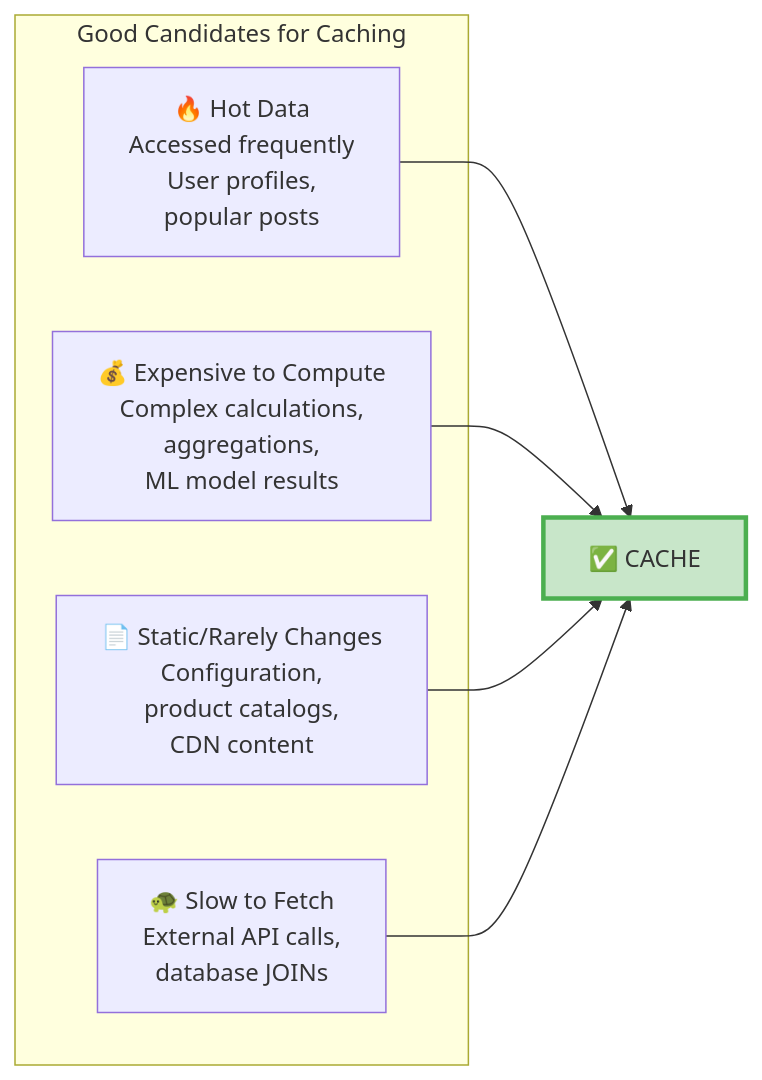
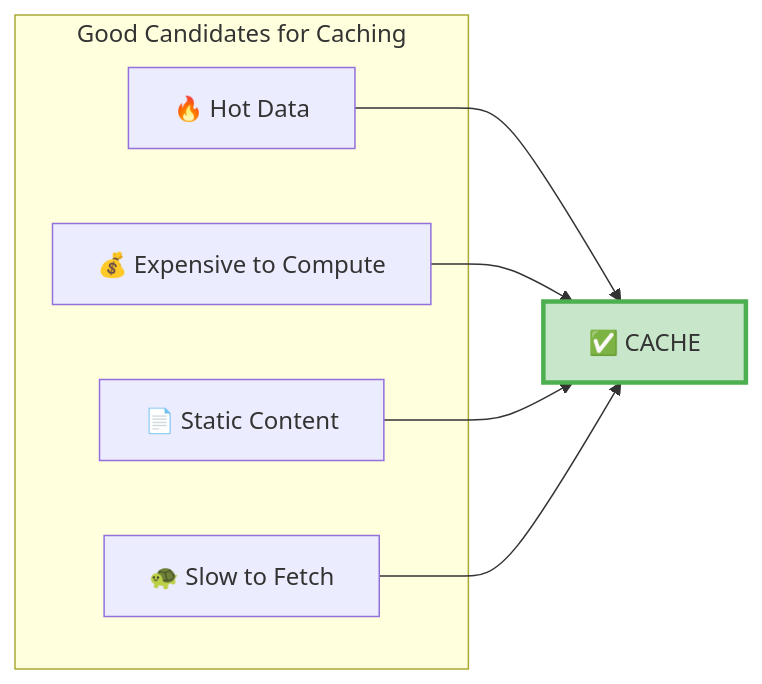
Before and after one commit to p1kmr/for-reading: the ninth of 10 diagrams in HLD/foundation/03_caching.md, drawn with Mermaid. The commit also changed other lines of this file, not shown here.

Commit message:
Fix Mermaid diagrams in 03_caching.md: Remove br tags and simplify node labels for GitHub compatibility

````diff
--- a/HLD/foundation/03_caching.md
+++ b/HLD/foundation/03_caching.md
@@ -403,19 +426,16 @@
 ```mermaid
 graph LR
-    subgraph "Good Candidates for Caching"
-        Hot[🔥 Hot Data<br/>Accessed frequently<br/>User profiles,<br/>popular posts]
-
-        Expensive[💰 Expensive to Compute<br/>Complex calculations,<br/>aggregations,<br/>ML model results]
-
-        Static[📄 Static/Rarely Changes<br/>Configuration,<br/>product catalogs,<br/>CDN content]
-
-        Slow[🐢 Slow to Fetch<br/>External API calls,<br/>database JOINs]
+    subgraph Good_Candidates[Good Candidates for Caching]
+        Hot[🔥 Hot Data]
+        Expensive[💰 Expensive to Compute]
+        Static[📄 Static Content]
+        Slow[🐢 Slow to Fetch]
     end
 
     Hot --> Cache[✅ CACHE]
     Expensive --> Cache
     Static --> Cache
     Slow --> Cache
 
     style Cache fill:#c8e6c9,stroke:#4caf50,stroke-width:3px
 ```
````
